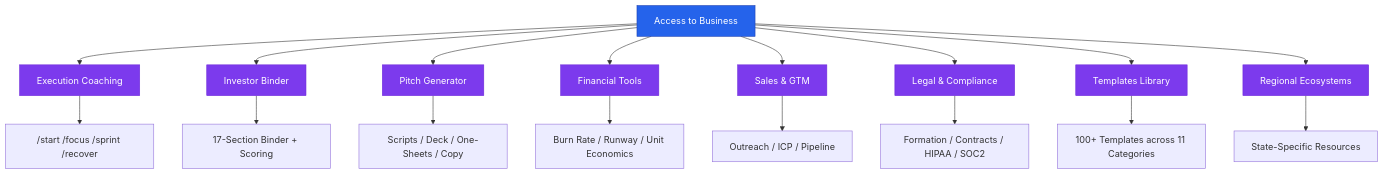
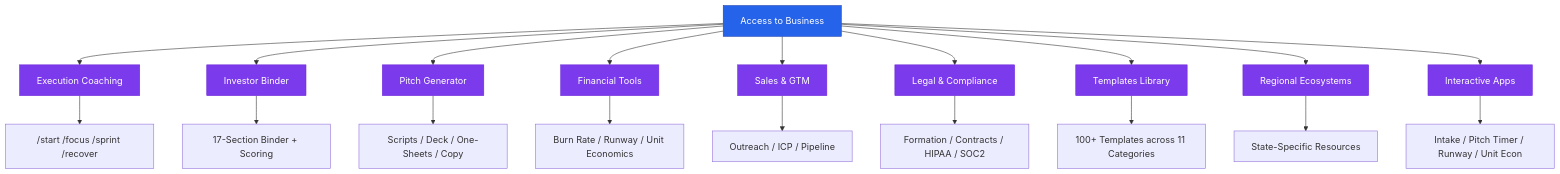
The first of 3 diagrams in README.md (dougdevitre/access-to-business), drawn with Mermaid before and after one commit. The commit also changed other lines of this file and 6 other files, not shown here.

````diff
--- a/README.md
+++ b/README.md
@@ -28,30 +59,33 @@
 ```mermaid
 graph TD
     A[Access to Business] --> B[Execution Coaching]
     A --> C[Investor Binder]
     A --> D[Pitch Generator]
     A --> E[Financial Tools]
     A --> F[Sales & GTM]
     A --> G[Legal & Compliance]
     A --> H[Templates Library]
     A --> I[Regional Ecosystems]
+    A --> J[Interactive Apps]
 
     B --> B1["/start /focus /sprint /recover"]
     C --> C1[17-Section Binder + Scoring]
     D --> D1[Scripts / Deck / One-Sheets / Copy]
     E --> E1[Burn Rate / Runway / Unit Economics]
     F --> F1[Outreach / ICP / Pipeline]
     G --> G1[Formation / Contracts / HIPAA / SOC2]
     H --> H1[100+ Templates across 11 Categories]
     I --> I1[State-Specific Resources]
+    J --> J1[Intake / Pitch Timer / Runway / Unit Econ]
 
     style A fill:#2563eb,stroke:#1e40af,color:#fff
     style B fill:#7c3aed,stroke:#6d28d9,color:#fff
     style C fill:#7c3aed,stroke:#6d28d9,color:#fff
     style D fill:#7c3aed,stroke:#6d28d9,color:#fff
     style E fill:#7c3aed,stroke:#6d28d9,color:#fff
     style F fill:#7c3aed,stroke:#6d28d9,color:#fff
     style G fill:#7c3aed,stroke:#6d28d9,color:#fff
     style H fill:#7c3aed,stroke:#6d28d9,color:#fff
     style I fill:#7c3aed,stroke:#6d28d9,color:#fff
+    style J fill:#7c3aed,stroke:#6d28d9,color:#fff
 ```
````
